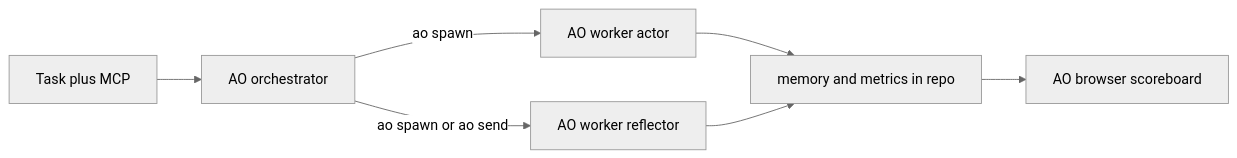
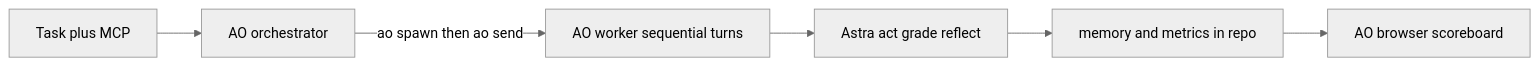
Before and after one commit to robu9/Astra: the second of 2 diagrams in README.md, drawn with Mermaid (neutral theme). The commit also changed other lines of this file and 20 other files, not shown here.

Commit message:
Refactor Astra CLI and engine for improved functionality and error handling

````diff
--- a/README.md
+++ b/README.md
@@ -145,16 +145,15 @@
 ```mermaid
 flowchart LR
     Human[Task plus MCP]
     Orch[AO orchestrator]
-    Run[AO worker actor]
-    Ref[AO worker reflector]
+    Run[AO worker sequential turns]
+    Engine[Astra act grade reflect]
     Files[memory and metrics in repo]
     Preview[AO browser scoreboard]
 
     Human --> Orch
-    Orch -->|"ao spawn"| Run
-    Run --> Files
-    Orch -->|"ao spawn or ao send"| Ref
-    Ref --> Files
+    Orch -->|"ao spawn then ao send"| Run
+    Run --> Engine
+    Engine --> Files
     Files --> Preview
 ```
````
